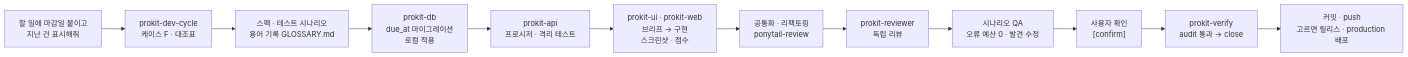
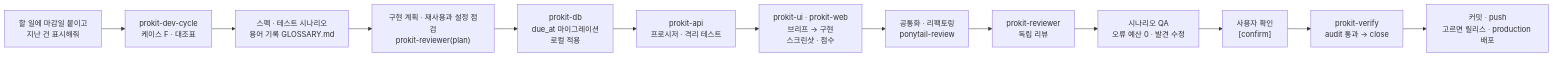
One commit to roadkwon-ai/pro-kit changed the second of 2 diagrams in handbook/concepts/dev-cycle.md. Above: the diagram before and after it, drawn with Mermaid. The commit also changed other lines of this file and 150 other files, not shown here.

````diff
--- a/handbook/concepts/dev-cycle.md
+++ b/handbook/concepts/dev-cycle.md
@@ -37,14 +37,15 @@
 ```mermaid
 flowchart LR
   R["할 일에 마감일 붙이고<br/>지난 건 표시해줘"] --> DC["prokit-dev-cycle<br/>케이스 F · 대조표"]
   DC --> SP["스펙 · 테스트 시나리오<br/>용어 기록 GLOSSARY.md"]
-  SP --> DB["prokit-db<br/>due_at 마이그레이션<br/>로컬 적용"]
+  SP --> PLAN["구현 계획 · 재사용과 설정 점검<br/>prokit-reviewer(plan)"]
+  PLAN --> DB["prokit-db<br/>due_at 마이그레이션<br/>로컬 적용"]
   DB --> API["prokit-api<br/>프로시저 · 격리 테스트"]
   API --> UI["prokit-ui · prokit-web<br/>브리프 → 구현<br/>스크린샷 · 점수"]
   UI --> RF["공통화 · 리팩토링<br/>ponytail-review"]
   RF --> REV["prokit-reviewer<br/>독립 리뷰"]
   REV --> QA["시나리오 QA<br/>오류 예산 0 · 발견 수정"]
   QA --> CF["사용자 확인<br/>[confirm]"]
   CF --> V["prokit-verify<br/>audit 통과 → close"]
   V --> END["커밋 · push<br/>고르면 릴리스 · production 배포"]
 ```
````
